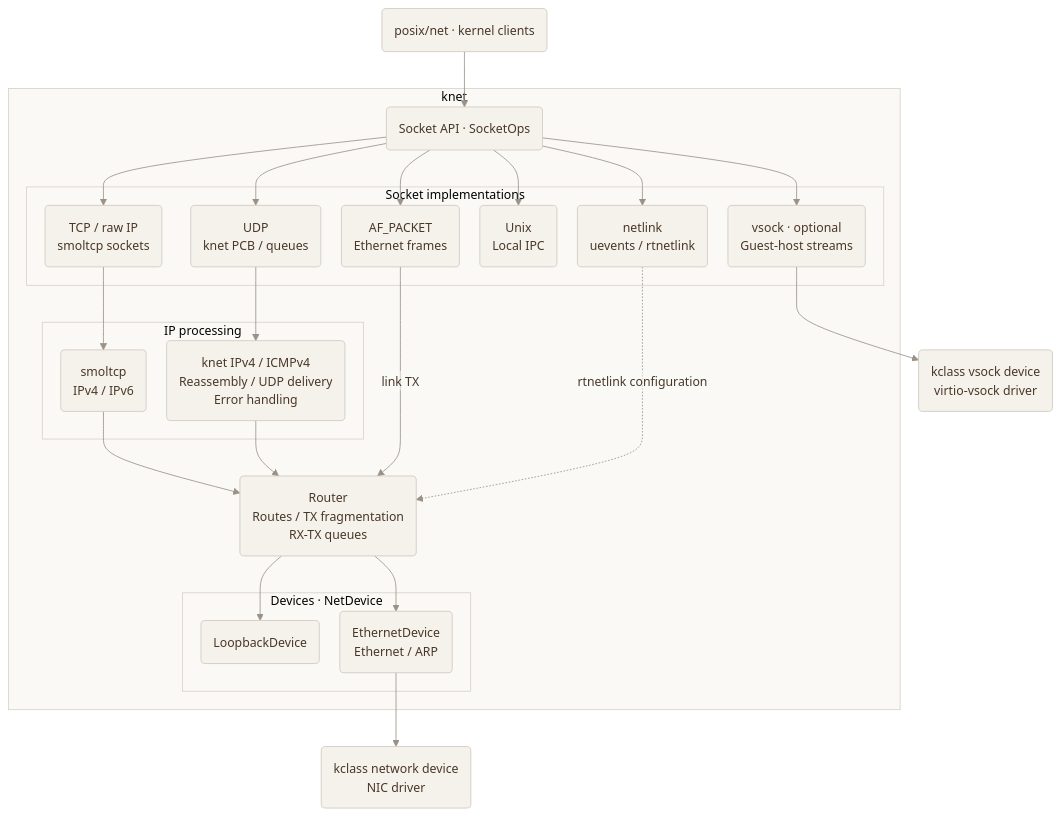
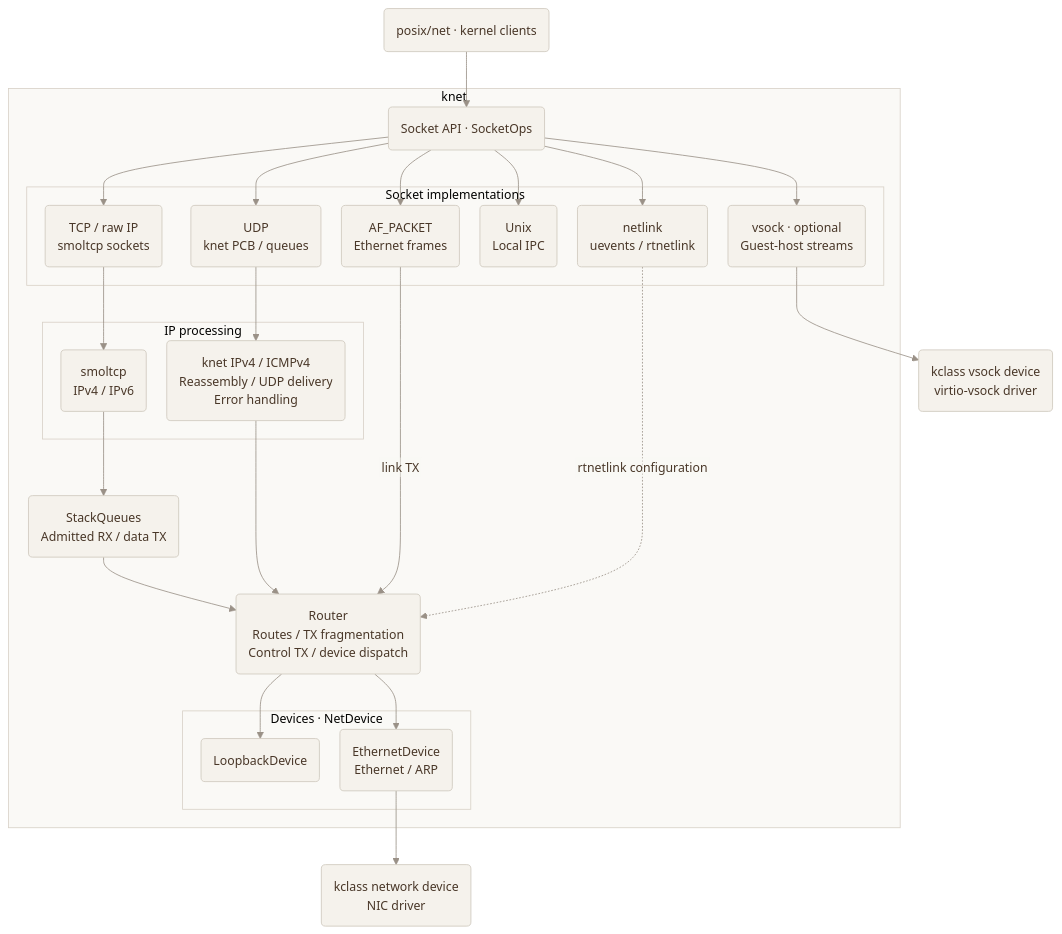
Before and after one commit to edidada/x-kernel: the first of 5 diagrams in net/knet/docs/design.md, drawn with Mermaid. The commit also changed other lines of this file and 4 other files, not shown here.

Commit message:
refactor(knet): move stack queues out of Router

```diff
--- a/net/knet/docs/design.md
+++ b/net/knet/docs/design.md
@@ -172,9 +172,11 @@
 Error handling")
         end
 
+        QUEUES("StackQueues
+Admitted RX / data TX")
         ROUTER("Router
 Routes / TX fragmentation
-RX-TX queues")
+Control TX / device dispatch")
 
         subgraph DEVICE["Devices · NetDevice"]
             LOOP("LoopbackDevice")
@@ -192,7 +194,7 @@
     API --> TCP & UDP & PACKET & UNIX & NETLINK & VSOCK
     TCP --> SMOL
     UDP --> IPV4
-    SMOL --> ROUTER
+    SMOL --> QUEUES --> ROUTER
     IPV4 --> ROUTER
     PACKET -->|link TX| ROUTER
     NETLINK -.->|rtnetlink configuration| ROUTER
```
